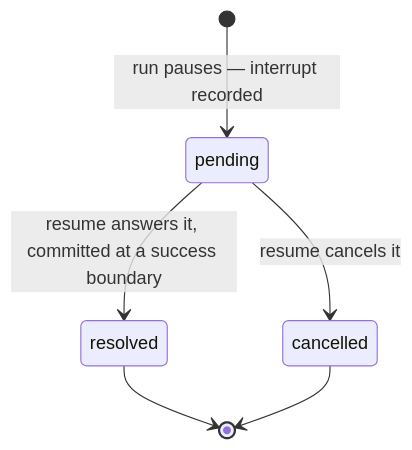
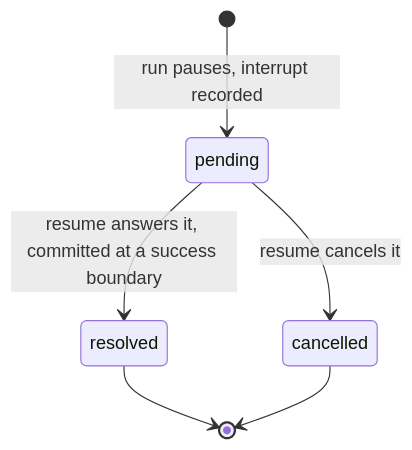
One commit to 8times4/ai changed the second of 2 diagrams in docs/persistence/chat-persistence.md. Above: the diagram before and after it, drawn with Mermaid. The commit also changed other lines of this file and 84 other files, not shown here.

````diff
--- a/docs/persistence/chat-persistence.md
+++ b/docs/persistence/chat-persistence.md
@@ -169,8 +169,8 @@
 ```mermaid
 stateDiagram-v2
-    [*] --> pending : run pauses — interrupt recorded
+    [*] --> pending : run pauses, interrupt recorded
     pending --> resolved : resume answers it, committed at a success boundary
     pending --> cancelled : resume cancels it
     resolved --> [*]
     cancelled --> [*]
 ```
````
